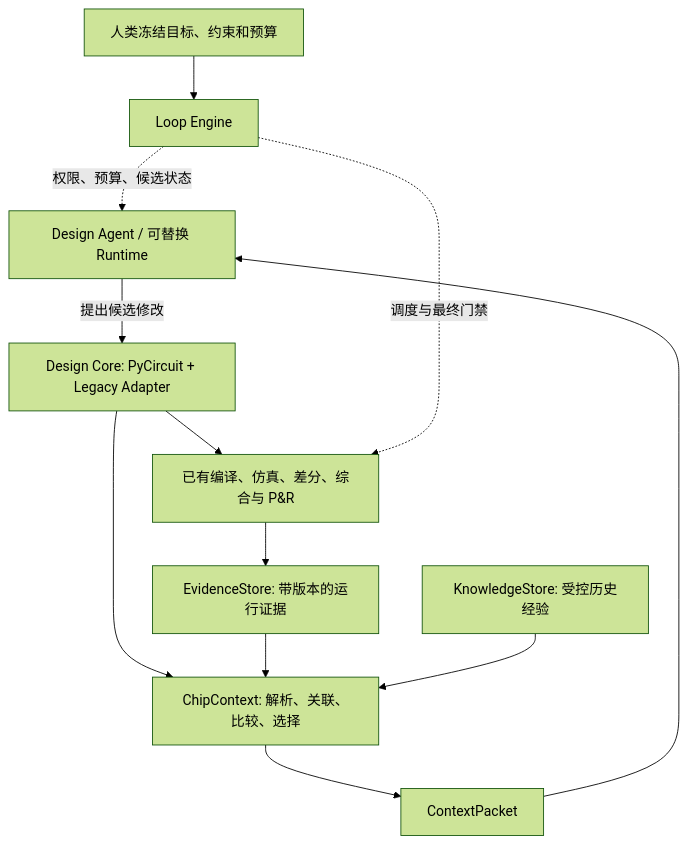
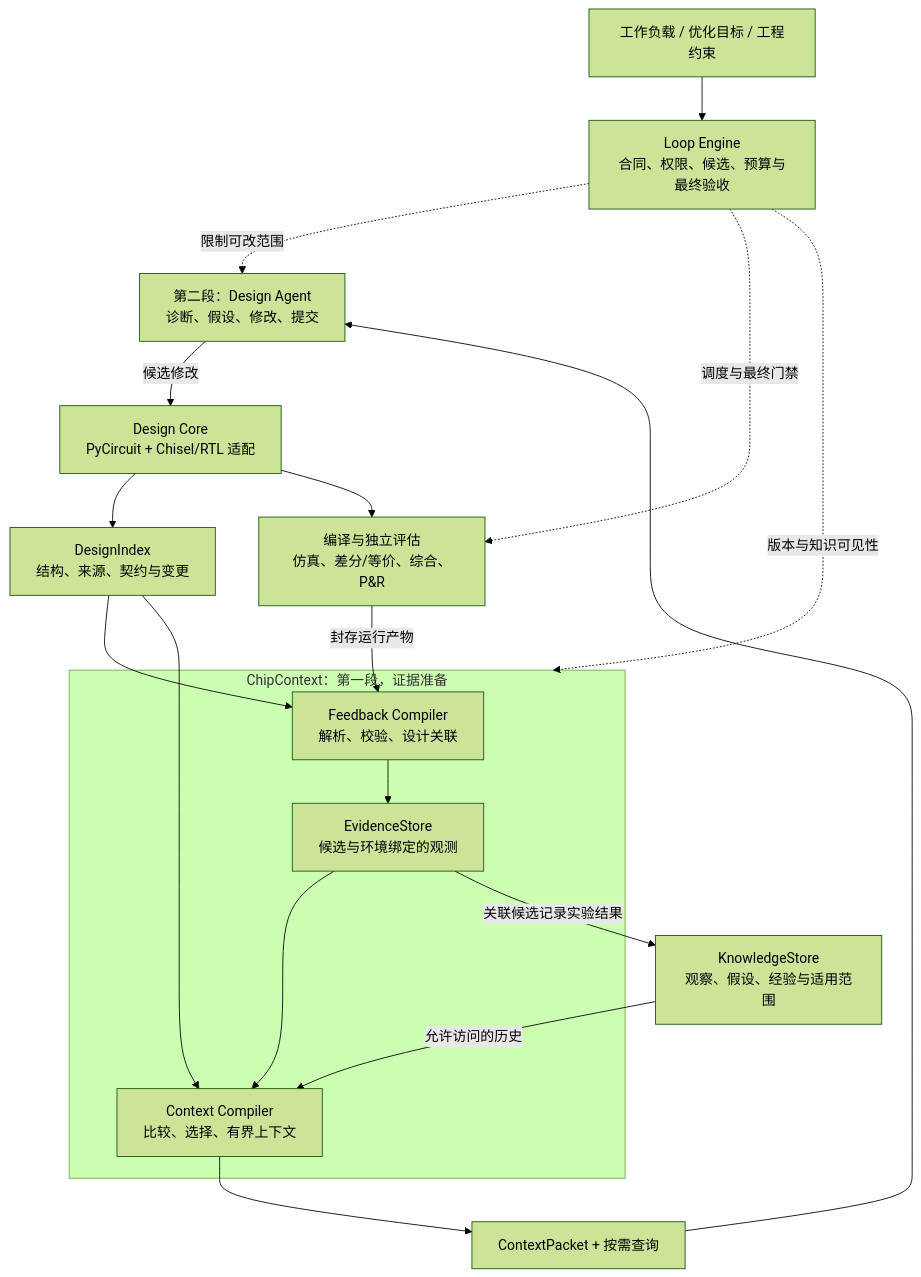
One commit to TaoTao-real/agentic-chip-design changed the diagram in README.md. Above: the diagram before and after it, drawn with Mermaid (forest theme). The commit also changed other lines of this file, not shown here.

Commit message:
docs: rewrite README around project goals, architecture and roadmap

````diff
--- a/README.md
+++ b/README.md
@@ -30,14 +62,25 @@
 ```mermaid
-flowchart TD
-    H[人类冻结目标、约束和预算] --> L[Loop Engine]
-    D[Design Core: PyCircuit + Legacy Adapter] --> C[ChipContext: 解析、关联、比较、选择]
-    E[EvidenceStore: 带版本的运行证据] --> C
-    K[KnowledgeStore: 受控历史经验] --> C
-    C --> P[ContextPacket]
-    P --> A[Design Agent / 可替换 Runtime]
-    A -->|提出候选修改| D
-    D --> V[已有编译、仿真、差分、综合与 P&R]
-    V --> E
-    L -.权限、预算、候选状态.-> A
-    L -.调度与最终门禁.-> V
+flowchart TB
+    G["工作负载 / 优化目标 / 工程约束"] --> L["Loop Engine<br/>合同、权限、候选、预算与最终验收"]
+
+    D["Design Core<br/>PyCircuit + Chisel/RTL 适配"] --> I["DesignIndex<br/>结构、来源、契约与变更"]
+    D --> V["编译与独立评估<br/>仿真、差分/等价、综合、P&R"]
+    V -->|封存运行产物| F
+    I --> F
+
+    subgraph CC["ChipContext：第一段，证据准备"]
+        F["Feedback Compiler<br/>解析、校验、设计关联"] --> E["EvidenceStore<br/>候选与环境绑定的观测"]
+        E --> C["Context Compiler<br/>比较、选择、有界上下文"]
+    end
+
+    I --> C
+    K["KnowledgeStore<br/>观察、假设、经验与适用范围"] -->|允许访问的历史| C
+    C --> P["ContextPacket + 按需查询"]
+    P --> A["第二段：Design Agent<br/>诊断、假设、修改、提交"]
+    A -->|候选修改| D
+    E -->|关联候选记录实验结果| K
+
+    L -.->|限制可改范围| A
+    L -.->|调度与最终门禁| V
+    L -.->|版本与知识可见性| CC
 ```
````
